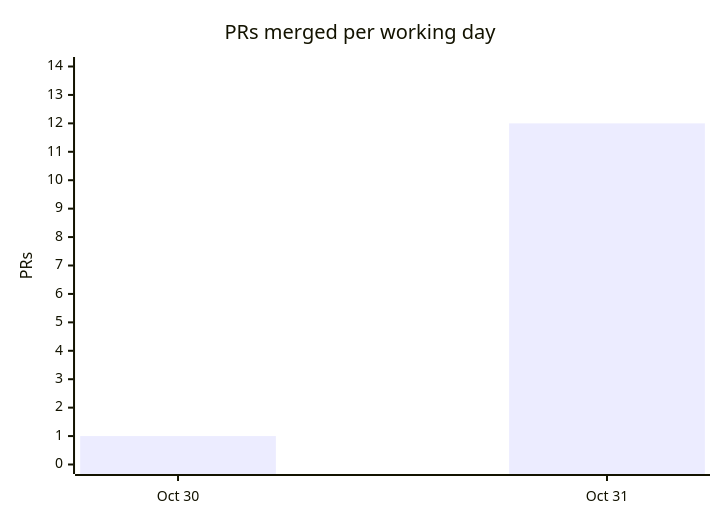
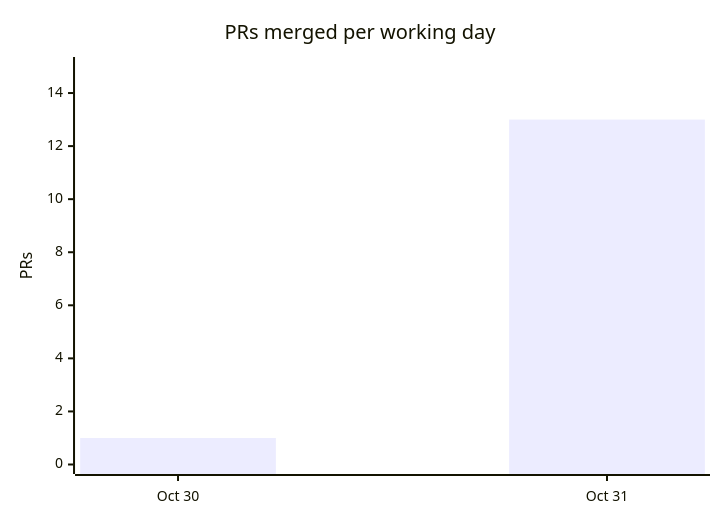
The fourth of 4 diagrams in docs/OVERVIEW.md (cmprssd/nfsh), drawn with Mermaid before and after one commit. The commit also changed other lines of this file and 19 other files, not shown here.

````diff
--- a/docs/OVERVIEW.md
+++ b/docs/OVERVIEW.md
@@ -139,7 +139,7 @@
 ```mermaid
 xychart-beta
     title "PRs merged per working day"
     x-axis ["Oct 30", "Oct 31"]
-    y-axis "PRs" 0 --> 14
-    bar [1, 12]
+    y-axis "PRs" 0 --> 15
+    bar [1, 13]
 ```
````
